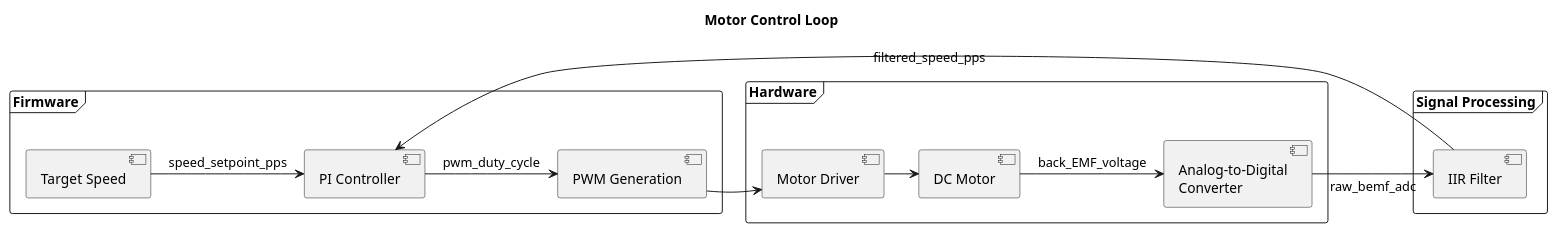
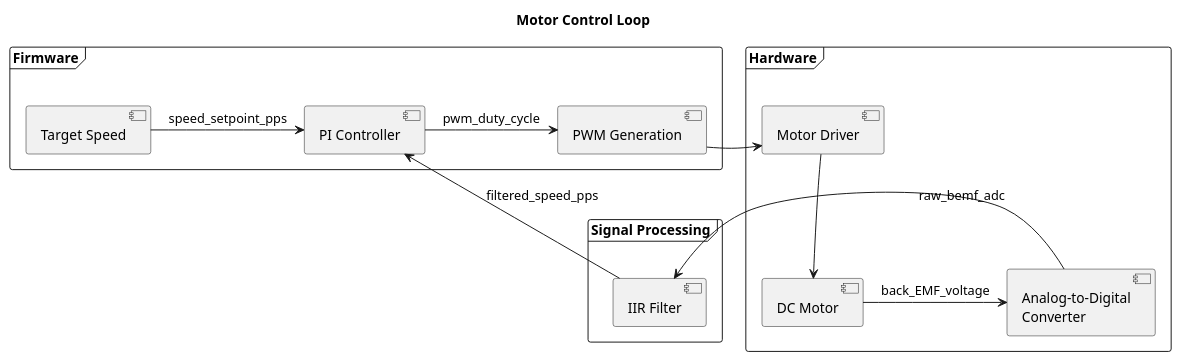
One commit to chatelao/xDuinoRails_RP2040-BDR6133-Tester changed the diagram in docs/control_loop.puml. Above: the diagram before and after it, drawn with PlantUML.

```diff
--- a/docs/control_loop.puml
+++ b/docs/control_loop.puml
@@ -1,34 +1,34 @@
 @startuml
 skinparam componentStyle uml2
 skinparam monochrome true
 skinparam shadowing false
 skinparam classAttributeIconSize 0
 
 
 title Motor Control Loop
 
 frame "Firmware" {
     [Target Speed] as setpoint
     [PI Controller] as pi
     [PWM Generation] as pwm
 }
 
 frame "Hardware" {
     [Motor Driver] as driver
     [DC Motor] as motor
     [Analog-to-Digital\nConverter] as adc
 }
 
 frame "Signal Processing" {
     [IIR Filter] as filter
 }
 
 setpoint -> pi : speed_setpoint_pps
 pi -> pwm : pwm_duty_cycle
 pwm -> driver
-driver -> motor
+driver --> motor
 motor -> adc : back_EMF_voltage
 adc -> filter : raw_bemf_adc
-filter -> pi : filtered_speed_pps
+filter --> pi : filtered_speed_pps
 
 @enduml
```
